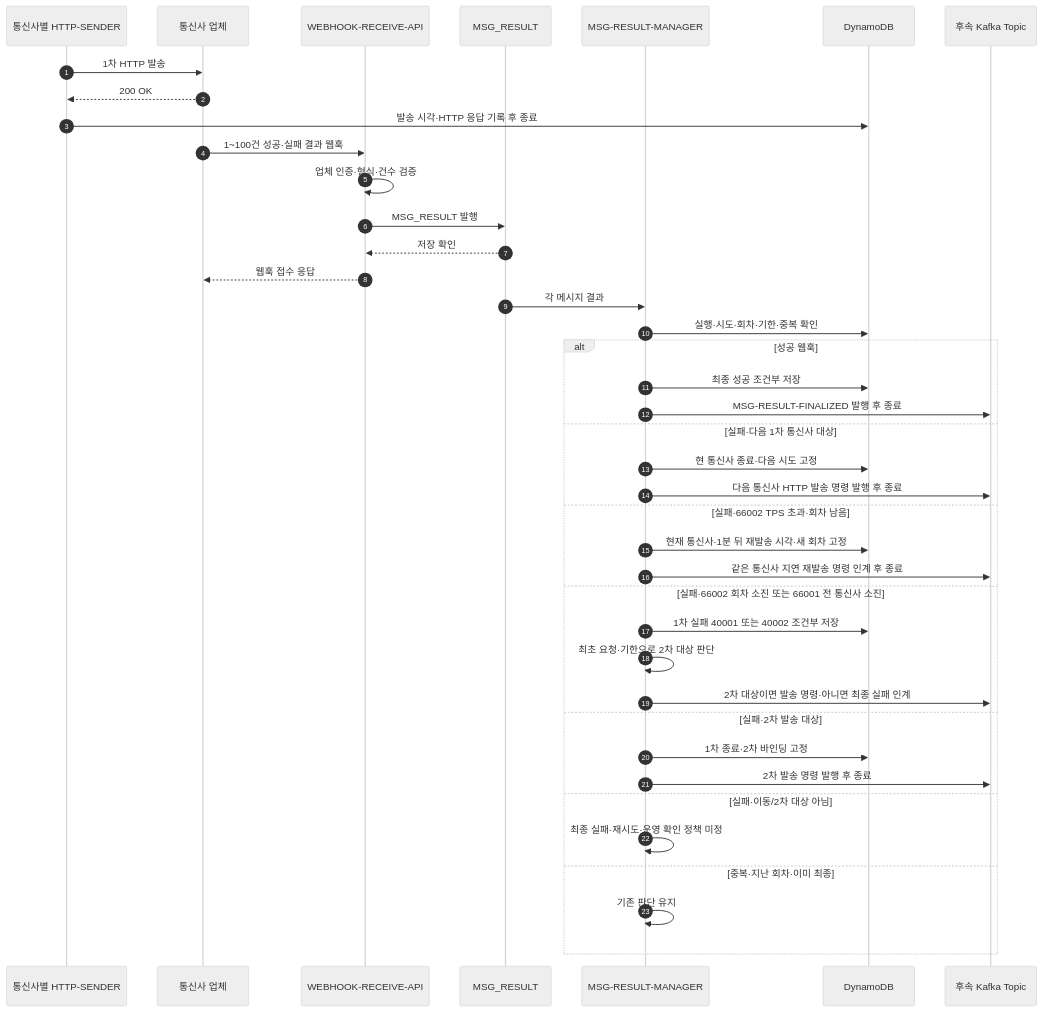
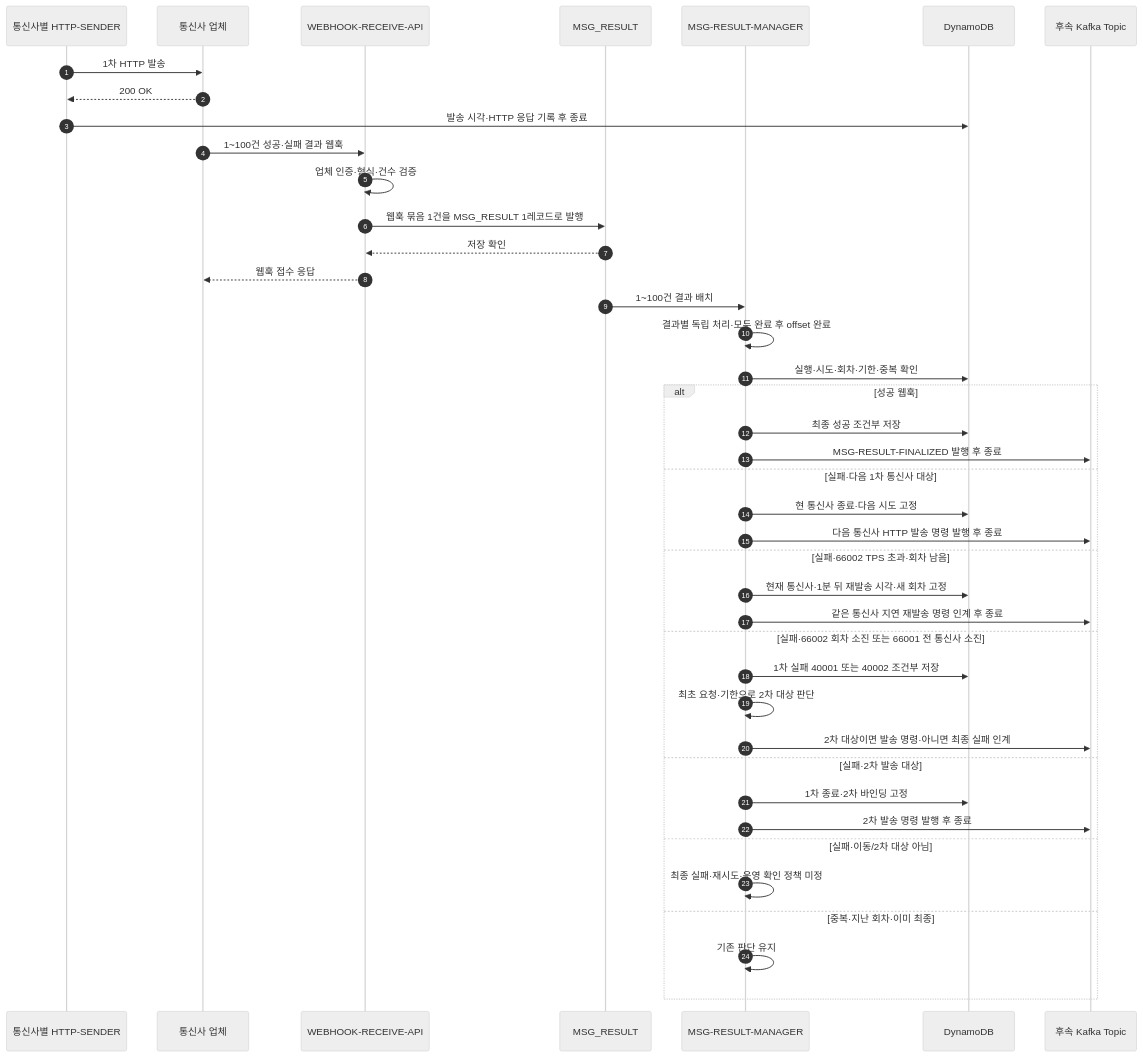
One commit to hyun-seung/High-throughput-event-platform changed the seventh of 10 diagrams in docs/53-신규-메시지-케이스별-Call-Flow.md. Above: the diagram before and after it, drawn with Mermaid (neutral theme). The commit also changed other lines of this file and 4 other files, not shown here.

````diff
--- a/docs/53-신규-메시지-케이스별-Call-Flow.md
+++ b/docs/53-신규-메시지-케이스별-Call-Flow.md
@@ -195,42 +195,43 @@
 ```mermaid
 sequenceDiagram
     autonumber
     participant S as 통신사별 HTTP-SENDER
     participant P as 통신사 업체
     participant W as WEBHOOK-RECEIVE-API
     participant K as MSG_RESULT
     participant M as MSG-RESULT-MANAGER
     participant D as DynamoDB
     participant T as 후속 Kafka Topic
     S->>P: 1차 HTTP 발송
     P-->>S: 200 OK
     S->>D: 발송 시각·HTTP 응답 기록 후 종료
     P->>W: 1~100건 성공·실패 결과 웹훅
     W->>W: 업체 인증·형식·건수 검증
-    W->>K: MSG_RESULT 발행
+    W->>K: 웹훅 묶음 1건을 MSG_RESULT 1레코드로 발행
     K-->>W: 저장 확인
     W-->>P: 웹훅 접수 응답
-    K->>M: 각 메시지 결과
+    K->>M: 1~100건 결과 배치
+    M->>M: 결과별 독립 처리·모두 완료 후 offset 완료
     M->>D: 실행·시도·회차·기한·중복 확인
     alt 성공 웹훅
         M->>D: 최종 성공 조건부 저장
         M->>T: MSG-RESULT-FINALIZED 발행 후 종료
     else 실패·다음 1차 통신사 대상
         M->>D: 현 통신사 종료·다음 시도 고정
         M->>T: 다음 통신사 HTTP 발송 명령 발행 후 종료
     else 실패·66002 TPS 초과·회차 남음
         M->>D: 현재 통신사·1분 뒤 재발송 시각·새 회차 고정
         M->>T: 같은 통신사 지연 재발송 명령 인계 후 종료
     else 실패·66002 회차 소진 또는 66001 전 통신사 소진
         M->>D: 1차 실패 40001 또는 40002 조건부 저장
         M->>M: 최초 요청·기한으로 2차 대상 판단
         M->>T: 2차 대상이면 발송 명령·아니면 최종 실패 인계
     else 실패·2차 발송 대상
         M->>D: 1차 종료·2차 바인딩 고정
         M->>T: 2차 발송 명령 발행 후 종료
     else 실패·이동/2차 대상 아님
         M->>M: 최종 실패·재시도·운영 확인 정책 미정
     else 중복·지난 회차·이미 최종
         M->>M: 기존 판단 유지
     end
 ```
````
